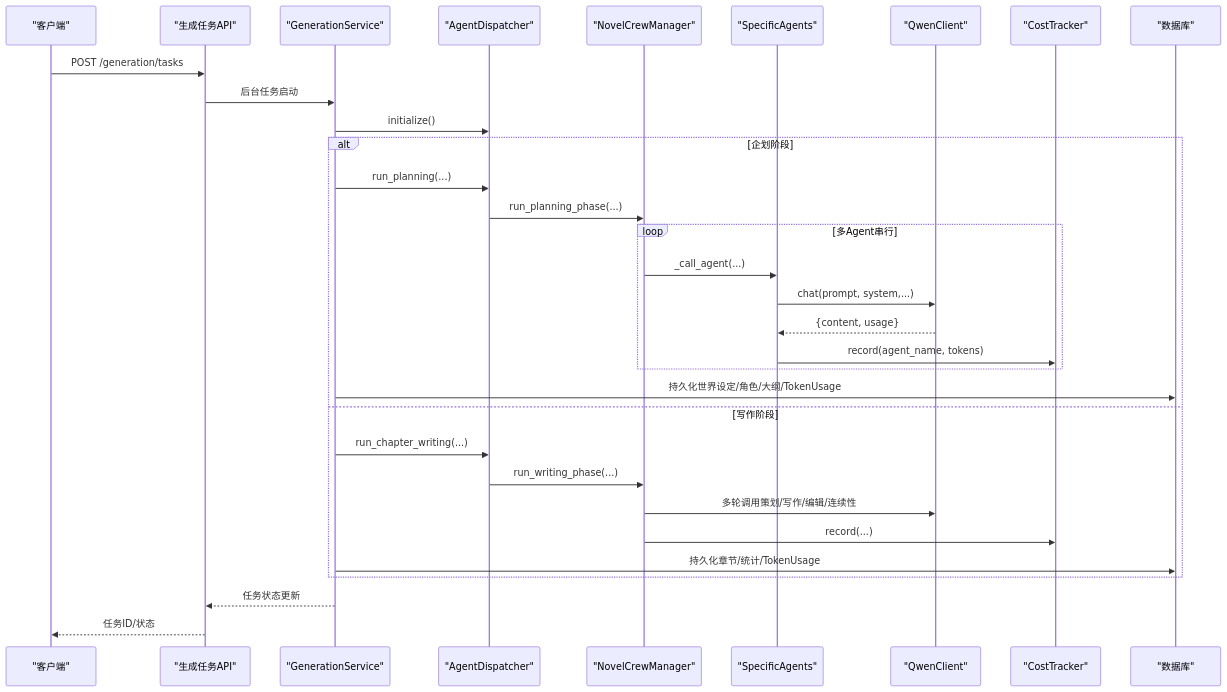
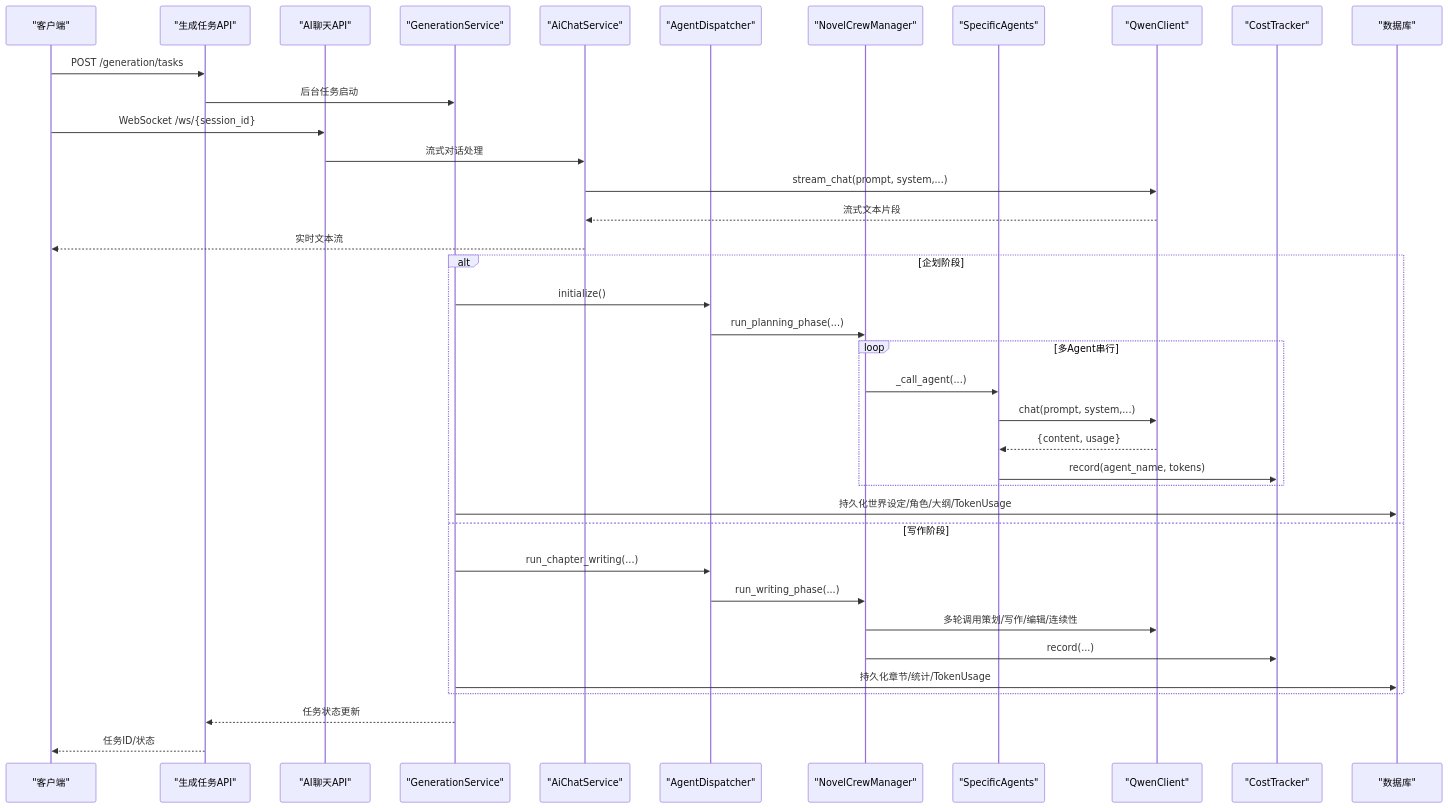
One commit to xfbyxq/ai-novel-system changed the second of 8 diagrams in .qoder/repowiki/zh/content/LLM集成架构/LLM集成架构.md. Above: the diagram before and after it, drawn with Mermaid. The commit also changed other lines of this file and 23 other files, not shown here.

````diff
--- a/.qoder/repowiki/zh/content/LLM集成架构/LLM集成架构.md
+++ b/.qoder/repowiki/zh/content/LLM集成架构/LLM集成架构.md
@@ -113,34 +132,40 @@
 ```mermaid
 sequenceDiagram
 participant Client as "客户端"
 participant API as "生成任务API"
+participant ChatAPI as "AI聊天API"
 participant Svc as "GenerationService"
+participant ChatSvc as "AiChatService"
 participant Disp as "AgentDispatcher"
 participant Crew as "NovelCrewManager"
 participant Agent as "SpecificAgents"
 participant Q as "QwenClient"
 participant Cost as "CostTracker"
 participant DB as "数据库"
 Client->>API : POST /generation/tasks
 API->>Svc : 后台任务启动
+Client->>ChatAPI : WebSocket /ws/{session_id}
+ChatAPI->>ChatSvc : 流式对话处理
+ChatSvc->>Q : stream_chat(prompt, system,...)
+Q-->>ChatSvc : 流式文本片段
+ChatSvc-->>Client : 实时文本流
+alt 企划阶段
 Svc->>Disp : initialize()
-alt 企划阶段
-Svc->>Disp : run_planning(...)
 Disp->>Crew : run_planning_phase(...)
 loop 多Agent串行
 Crew->>Agent : _call_agent(...)
 Agent->>Q : chat(prompt, system,...)
 Q-->>Agent : {content, usage}
 Agent->>Cost : record(agent_name, tokens)
 end
 Svc->>DB : 持久化世界设定/角色/大纲/TokenUsage
 else 写作阶段
 Svc->>Disp : run_chapter_writing(...)
 Disp->>Crew : run_writing_phase(...)
 Crew->>Q : 多轮调用策划/写作/编辑/连续性
 Crew->>Cost : record(...)
 Svc->>DB : 持久化章节/统计/TokenUsage
 end
 Svc-->>API : 任务状态更新
 API-->>Client : 任务ID/状态
 ```
````
